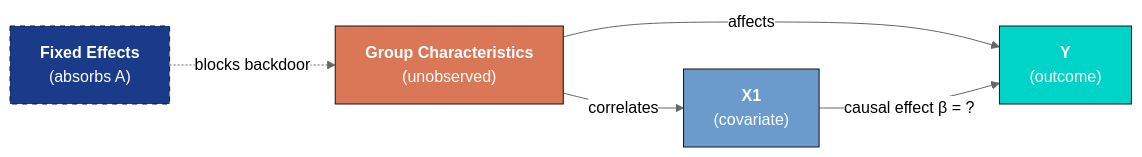
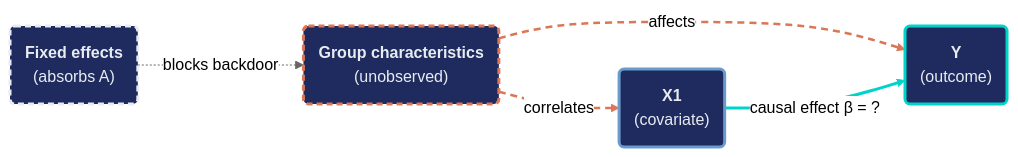
Before and after one commit to cmg777/starter-academic-v501: the first of 2 diagrams in content/post/python_pyfixest/references/tutorial.qmd, drawn with Mermaid (neutral theme). The commit also changed other lines of this file and 42 other files, not shown here.

First line of the commit message:
content(mermaid): restyle Mermaid copies in tutorial sources and the LaLonde slide deck

````diff
--- a/content/post/python_pyfixest/references/tutorial.qmd
+++ b/content/post/python_pyfixest/references/tutorial.qmd
@@ -284,11 +284,18 @@
 ```{mermaid}
 graph LR
-    A["<b>Group Characteristics</b><br/>(unobserved)"] -->|"correlates"| X["<b>X1</b><br/>(covariate)"]
-    A -->|"affects"| Y["<b>Y</b><br/>(outcome)"]
+    A("<b>Group characteristics</b><br/>(unobserved)") -->|"correlates"| X("<b>X1</b><br/>(covariate)")
+    A -->|"affects"| Y("<b>Y</b><br/>(outcome)")
     X -->|"causal effect β = ?"| Y
-    FE["<b>Fixed Effects</b><br/>(absorbs A)"] -.->|"blocks backdoor"| A
-    style A fill:#d97757,stroke:#141413,color:#fff
-    style X fill:#6a9bcc,stroke:#141413,color:#fff
-    style Y fill:#00d4c8,stroke:#141413,color:#fff
-    style FE fill:#1a3a8a,stroke:#141413,color:#fff,stroke-dasharray: 5 5
+    FE("<b>Fixed effects</b><br/>(absorbs A)") -.->|"blocks backdoor"| A
+    classDef orange fill:#1f2b5e,stroke:#d97757,stroke-width:3px,color:#e8ecf2
+    classDef blue fill:#1f2b5e,stroke:#6a9bcc,stroke-width:3px,color:#e8ecf2
+    classDef teal fill:#1f2b5e,stroke:#00d4c8,stroke-width:3px,color:#e8ecf2
+    classDef key_dash fill:#1f2b5e,stroke:#e8ecf2,stroke-width:3px,color:#e8ecf2,stroke-dasharray:6 4
+    classDef orange_dash fill:#1f2b5e,stroke:#d97757,stroke-width:3px,color:#e8ecf2,stroke-dasharray:6 4
+    class A orange_dash
+    class X blue
+    class Y teal
+    class FE key_dash
+    linkStyle 0,1 stroke:#d97757,stroke-width:2.5px,stroke-dasharray:7 5
+    linkStyle 2 stroke:#00d4c8,stroke-width:3px
 ```
````
